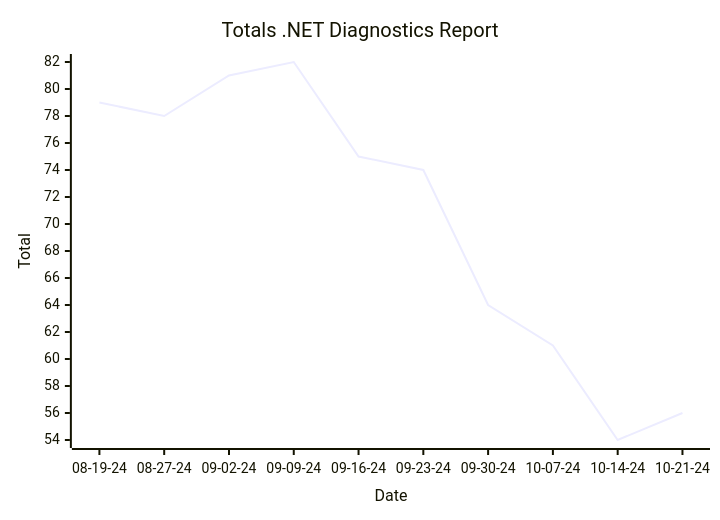
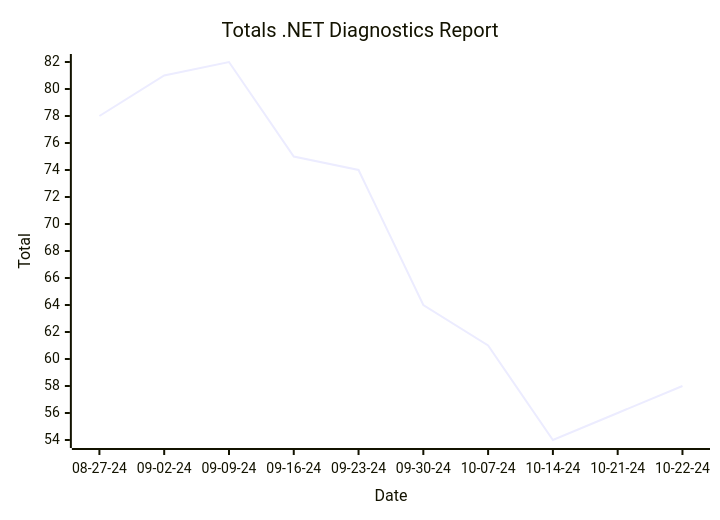
The first of 2 diagrams in reports/README.md (hoyosjs/gh-issue-tracker), drawn with Mermaid before and after one commit. The commit also changed other lines of this file and 4 other files, not shown here.

````diff
--- a/reports/README.md
+++ b/reports/README.md
@@ -7,7 +7,7 @@
 ```mermaid
 xychart-beta
   title "Totals .NET Diagnostics Report"
-  x-axis "Date" ["08-19-24", "08-27-24", "09-02-24", "09-09-24", "09-16-24", "09-23-24", "09-30-24", "10-07-24", "10-14-24", "10-21-24"]
+  x-axis "Date" ["08-27-24", "09-02-24", "09-09-24", "09-16-24", "09-23-24", "09-30-24", "10-07-24", "10-14-24", "10-21-24", "10-22-24"]
   y-axis "Total"
-  line [79, 78, 81, 82, 75, 74, 64, 61, 54, 56]
+  line [78, 81, 82, 75, 74, 64, 61, 54, 56, 58]
 ```
````
